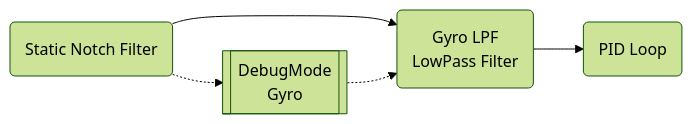
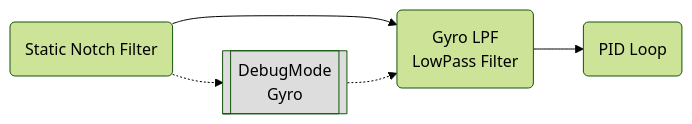
One commit to mrRobot62/lunax.betaflight.doc changed the second of 4 diagrams in docs/bf_filter.md. Above: the diagram before and after it, drawn with Mermaid (forest theme). The commit also changed other lines of this file and 43 other files, not shown here.

````diff
--- a/docs/bf_filter.md
+++ b/docs/bf_filter.md
@@ -83,8 +118,10 @@
 ```mermaid
 graph LR
+	classDef dbg fill:#ddd
+
 	SNF(Static Notch Filter) --> GLPF
-	SNF -.-> DBGGY[[DebugMode<br>Gyro]]
+	SNF -.-> DBGGY[[DebugMode<br>Gyro]]:::dbg
 	DBGGY -.-> GLPF(Gyro LPF<br>LowPass Filter)
 	GLPF --> PID(PID Loop)
 
 ```
````
